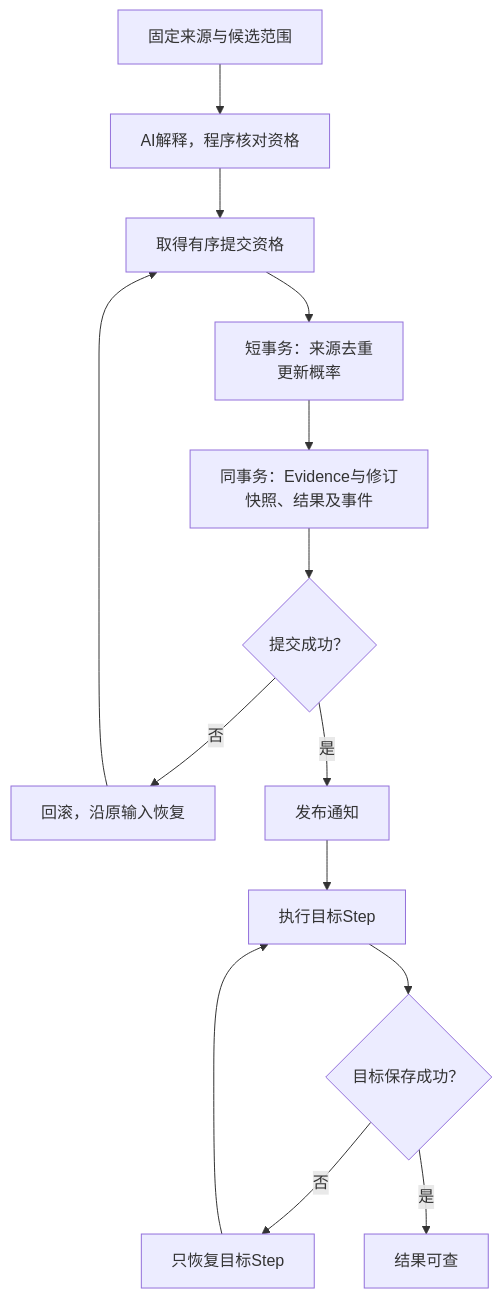
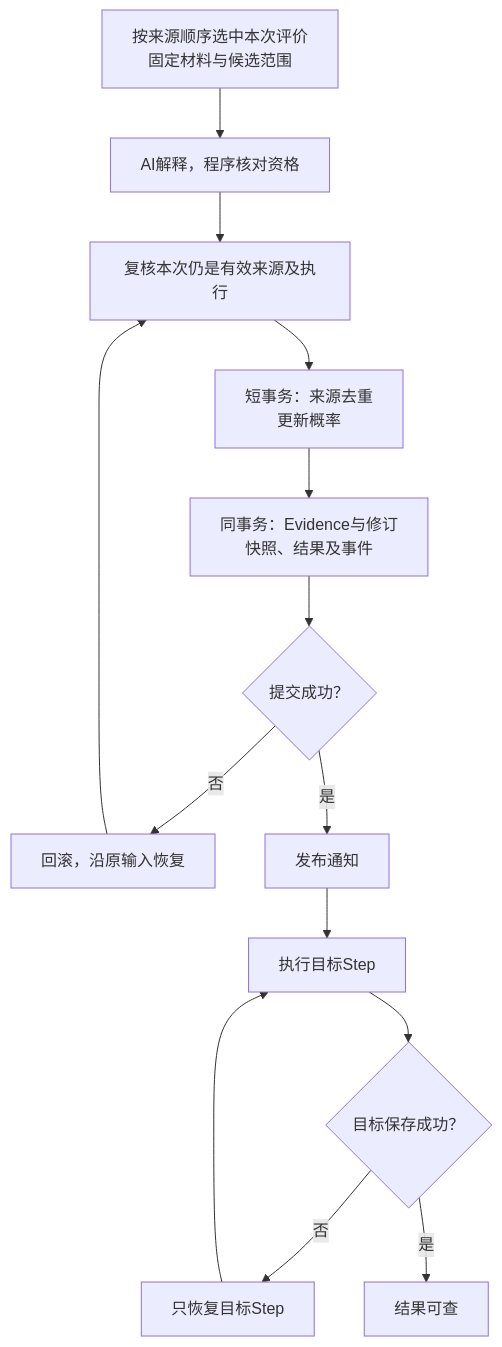
The second of 2 diagrams in doc/mvp/m1/engineering/Evaluation_Space_Design.md (ivgotcrazy/deermind), drawn with Mermaid before and after one commit. The commit also changed other lines of this file and 13 other files, not shown here.

````diff
--- a/doc/mvp/m1/engineering/Evaluation_Space_Design.md
+++ b/doc/mvp/m1/engineering/Evaluation_Space_Design.md
@@ -631,16 +631,16 @@
 ```mermaid
 flowchart TD
-    A["固定来源与候选范围"] --> B["AI解释，程序核对资格"]
-    B --> C["取得有序提交资格"]
+    A["按来源顺序选中本次评价<br/>固定材料与候选范围"] --> B["AI解释，程序核对资格"]
+    B --> C["复核本次仍是有效来源及执行"]
     C --> D["短事务：来源去重<br/>更新概率"]
     D --> E["同事务：Evidence与修订<br/>快照、结果及事件"]
     E --> F{"提交成功？"}
     F -->|否| R["回滚，沿原输入恢复"]
     R --> C
     F -->|是| P["发布通知"]
     P --> G["执行目标Step"]
     G --> H{"目标保存成功？"}
     H -->|否| T["只恢复目标Step"]
     T --> G
     H -->|是| Z["结果可查"]
 ```
````
